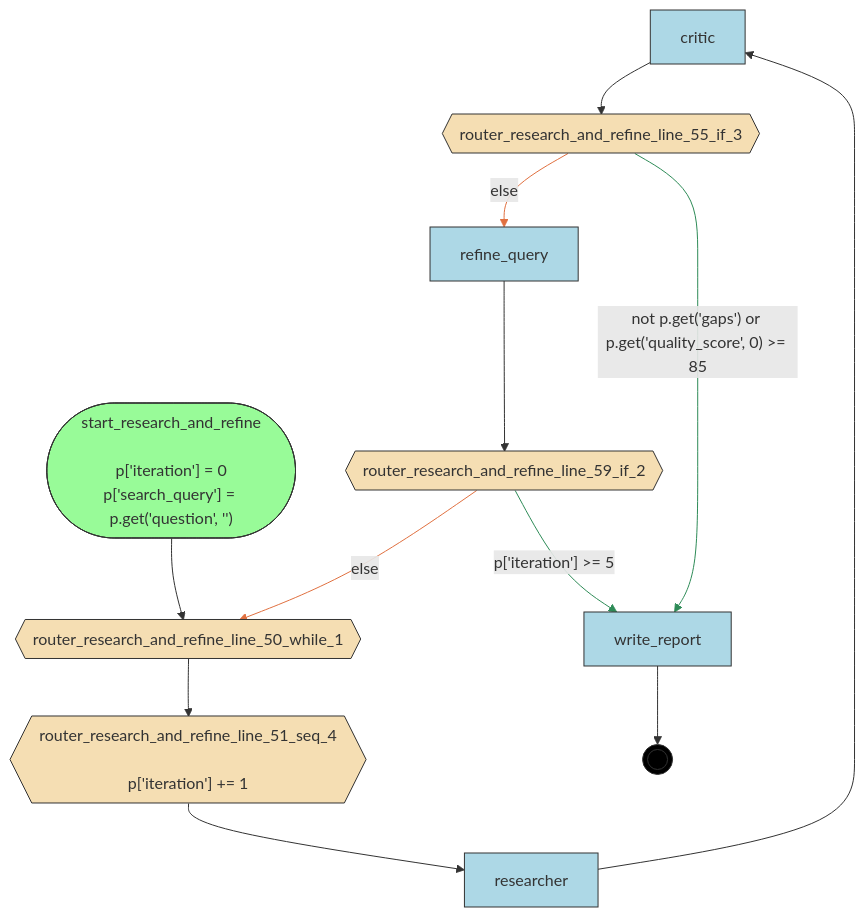
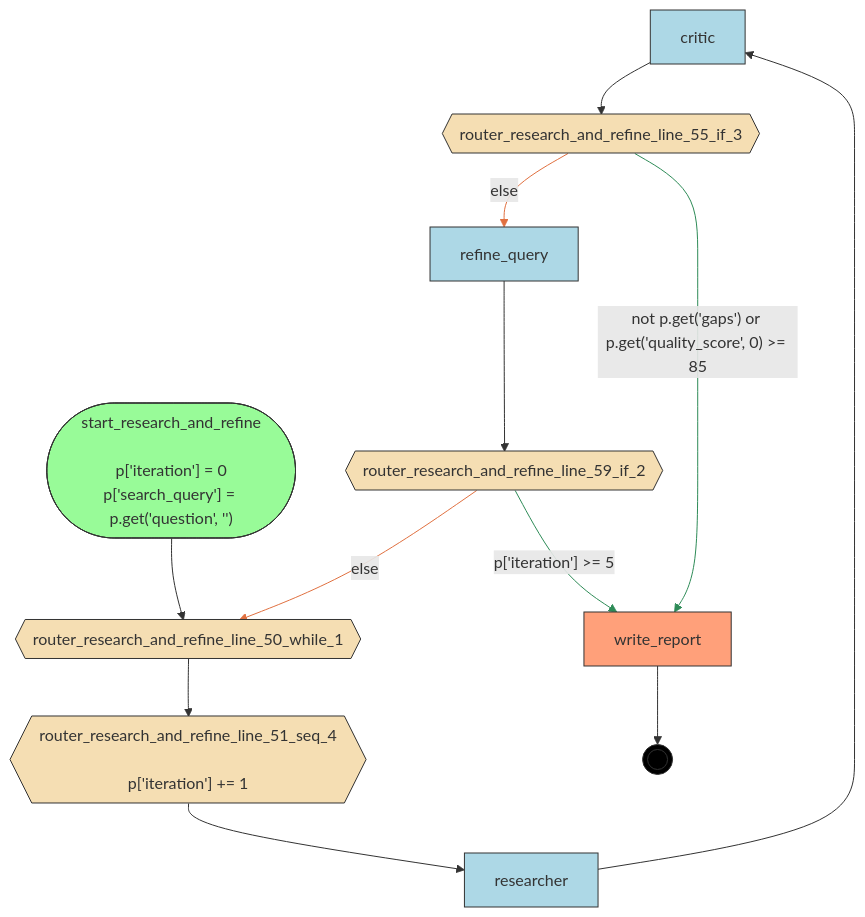
The diagram in examples/flows/agentic/compiled/research_and_refine/flow.mmd (deliveryhero/asya), drawn with Mermaid before and after one commit. The commit also changed 263 other files, not shown here.

Commit message:
refactor(compiler): rename flow_role->role, is_generated->generated; add two-label manifest system (asya.sh/role + asya.sh/generated)

```diff
--- a/examples/flows/agentic/compiled/research_and_refine/flow.mmd
+++ b/examples/flows/agentic/compiled/research_and_refine/flow.mmd
@@ -1,36 +1,38 @@
 flowchart TD
     %% Flow: research_and_refine
 
     critic[critic]
     refine_query[refine_query]
     researcher[researcher]
     router_research_and_refine_line_50_while_1{{router_research_and_refine_line_50_while_1}}
     router_research_and_refine_line_51_seq_4{{"router_research_and_refine_line_51_seq_4<br/><br/>p['iteration'] += 1"}}
     router_research_and_refine_line_55_if_3{{router_research_and_refine_line_55_if_3}}
     router_research_and_refine_line_59_if_2{{router_research_and_refine_line_59_if_2}}
     start_research_and_refine(["start_research_and_refine<br/><br/>p['iteration'] = 0<br/>p['search_query'] = p.get('question', '')"])
     write_report[write_report]
     __end__((( )))
 
     start_research_and_refine --> router_research_and_refine_line_50_while_1
     router_research_and_refine_line_59_if_2 -->|"p['iteration'] >= 5"| write_report
     router_research_and_refine_line_55_if_3 -->|"else"| refine_query
     refine_query --> router_research_and_refine_line_59_if_2
     router_research_and_refine_line_55_if_3 -->|"not p.get('gaps') or p.get('quality_score', 0) >= 85"| write_report
     router_research_and_refine_line_51_seq_4 --> researcher
     researcher --> critic
     critic --> router_research_and_refine_line_55_if_3
     router_research_and_refine_line_50_while_1 --> router_research_and_refine_line_51_seq_4
     router_research_and_refine_line_59_if_2 -->|"else"| router_research_and_refine_line_50_while_1
     write_report --> __end__
 
     classDef start fill:#98FB98,stroke:#333
+    classDef endnode fill:#FFA07A,stroke:#333
     classDef router fill:#F5DEB3,stroke:#333
     classDef handler fill:#ADD8E6,stroke:#333
     classDef endpoint fill:#000,stroke:#333,color:#fff
     class start_research_and_refine start
+    class write_report endnode
     class router_research_and_refine_line_50_while_1,router_research_and_refine_line_51_seq_4,router_research_and_refine_line_55_if_3,router_research_and_refine_line_59_if_2 router
-    class critic,refine_query,researcher,write_report handler
+    class critic,refine_query,researcher handler
     class __end__ endpoint
     linkStyle 1,4 stroke:#2E8B57
     linkStyle 2,9 stroke:#E07040
```
